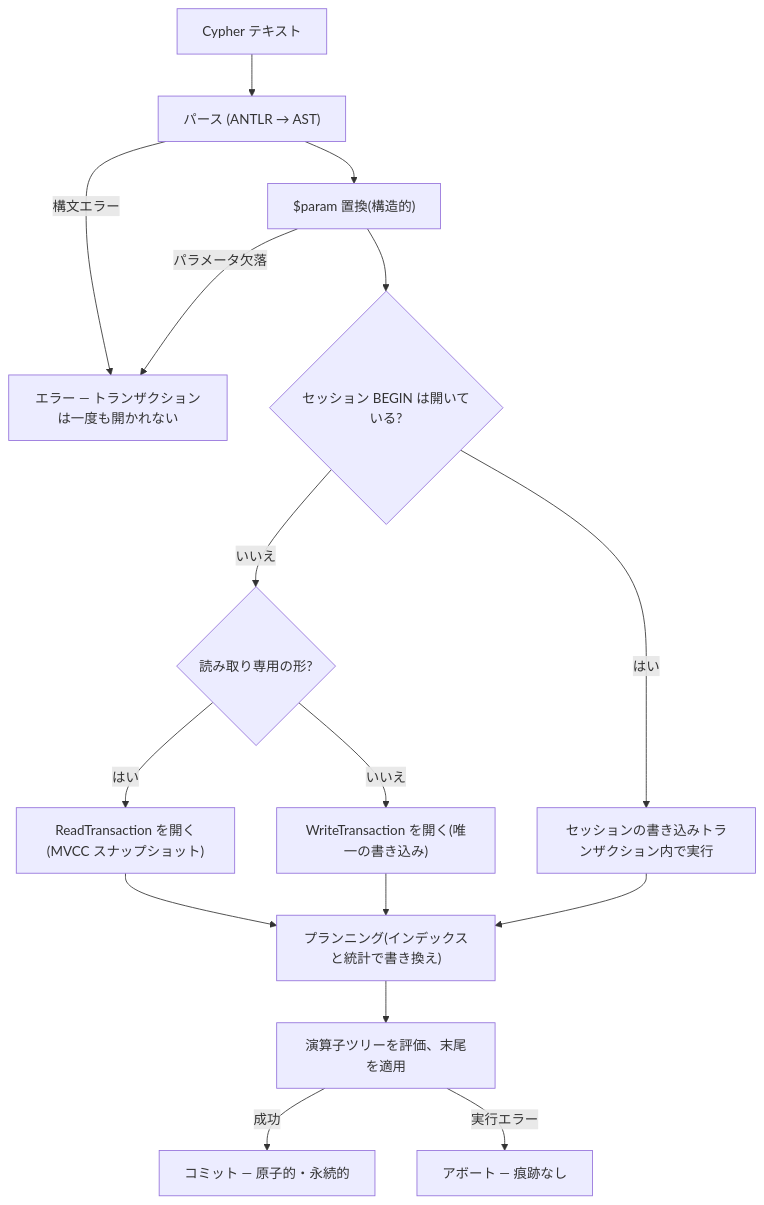
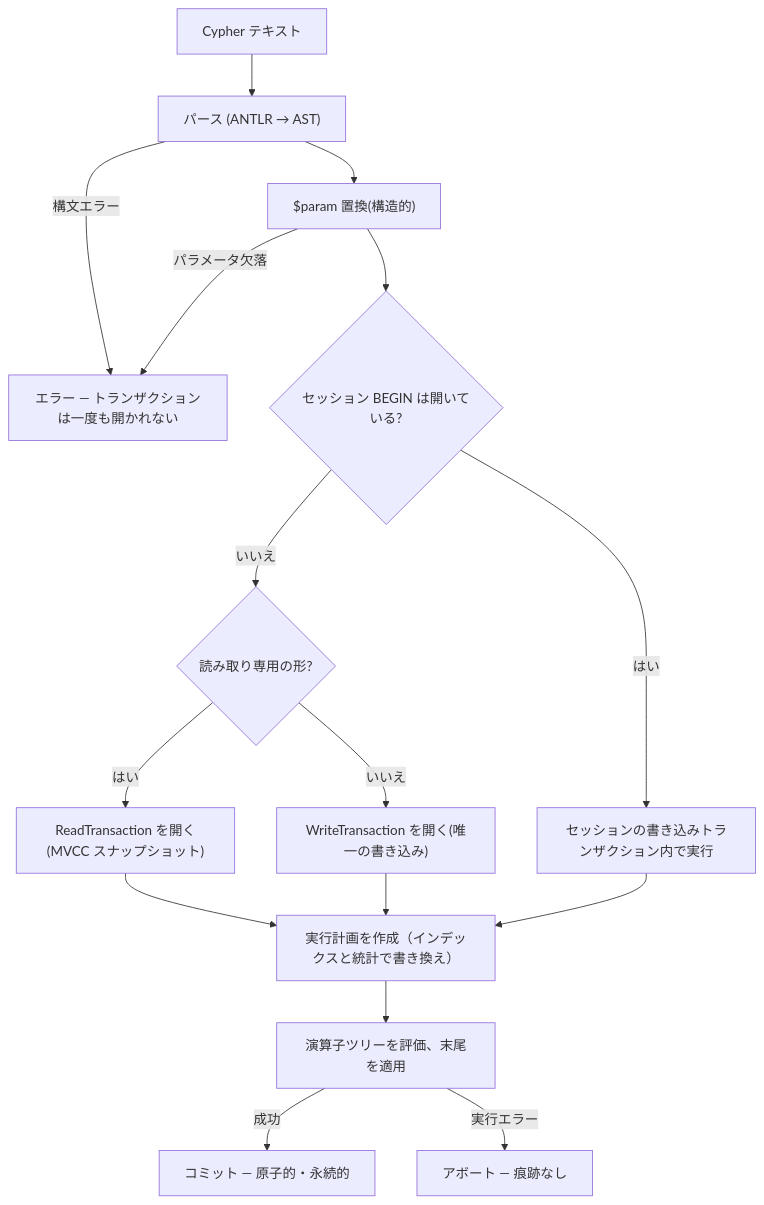
One commit to knoguchi/marsdb changed the second of 2 diagrams in book/src/internals/ja/design-overview.md. Above: the diagram before and after it, drawn with Mermaid. The commit also changed other lines of this file and 20 other files, not shown here.

````diff
--- a/book/src/internals/ja/design-overview.md
+++ b/book/src/internals/ja/design-overview.md
@@ -132,18 +132,18 @@
 ```mermaid
 flowchart TD
     A["Cypher テキスト"] --> B["パース (ANTLR → AST)"]
     B -->|構文エラー| X1["エラー — トランザクションは一度も開かれない"]
     B --> C["$param 置換(構造的)"]
     C -->|パラメータ欠落| X1
     C --> D{"セッション BEGIN は開いている?"}
     D -->|はい| E["セッションの書き込みトランザクション内で実行"]
     D -->|いいえ| F{"読み取り専用の形?"}
     F -->|はい| G["ReadTransaction を開く(MVCC スナップショット)"]
     F -->|いいえ| H["WriteTransaction を開く(唯一の書き込み)"]
-    G --> I["プランニング(インデックスと統計で書き換え)"]
+    G --> I["実行計画を作成（インデックスと統計で書き換え）"]
     H --> I
     E --> I
     I --> J["演算子ツリーを評価、末尾を適用"]
     J -->|成功| K["コミット — 原子的・永続的"]
     J -->|実行エラー| L["アボート — 痕跡なし"]
 ```
````
